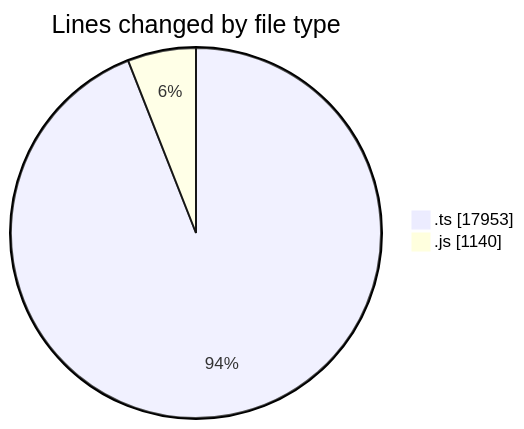
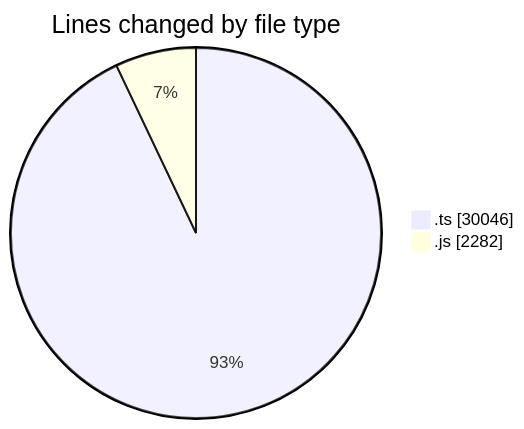
Before and after one commit to momahboobian/code-tracking: the first of 2 diagrams in 2025-06-27/cda/README.md, drawn with Mermaid. The commit also changed other lines of this file and 1 other file, not shown here.

````diff
--- a/2025-06-27/cda/README.md
+++ b/2025-06-27/cda/README.md
@@ -30,6 +30,6 @@
 ```mermaid
 pie showData
 title Lines changed by file type
-".ts" : 17953
-".js" : 1140
+".ts" : 30046
+".js" : 2282
 ```
````
